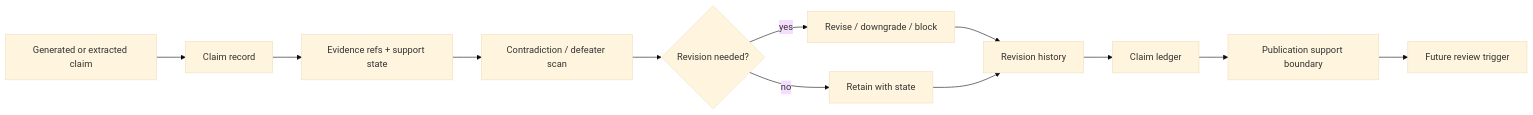
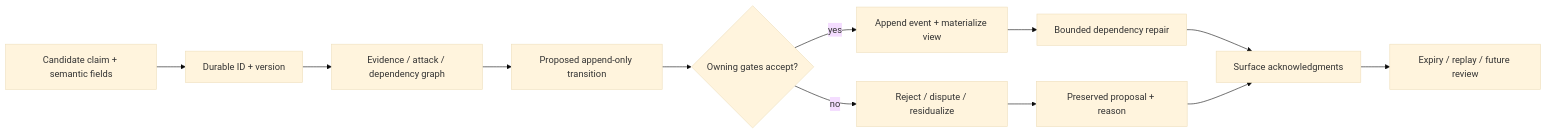
Before and after one commit to corbensorenson/asi-stack-book: the diagram in chapters/claim-ledgers-and-belief-revision.qmd, drawn with Mermaid (base theme). The commit also changed other lines of this file and 723 other files, not shown here.

Commit message:
Checkpoint claim-proof and semantic refinement cycle

````diff
--- a/chapters/claim-ledgers-and-belief-revision.qmd
+++ b/chapters/claim-ledgers-and-belief-revision.qmd
@@ -125,14 +242,14 @@
 ```{mermaid}
 flowchart LR
-  A["Generated or extracted claim"] --> B["Claim record"]
-  B --> C["Evidence refs + support state"]
-  C --> D["Contradiction / defeater scan"]
-  D --> E{"Revision needed?"}
-  E -- "no" --> F["Retain with state"]
-  E -- "yes" --> G["Revise / downgrade / block"]
-  G --> H["Revision history"]
-  F --> H
-  H --> I["Claim ledger"]
-  I --> J["Publication support boundary"]
-  J --> K["Future review trigger"]
+  A["Candidate claim + semantic fields"] --> B["Durable ID + version"]
+  B --> C["Evidence / attack / dependency graph"]
+  C --> D["Proposed append-only transition"]
+  D --> E{"Owning gates accept?"}
+  E -- "yes" --> F["Append event + materialize view"]
+  E -- "no" --> G["Reject / dispute / residualize"]
+  F --> H["Bounded dependency repair"]
+  G --> I["Preserved proposal + reason"]
+  H --> J["Surface acknowledgments"]
+  I --> J
+  J --> K["Expiry / replay / future review"]
 ```
````
